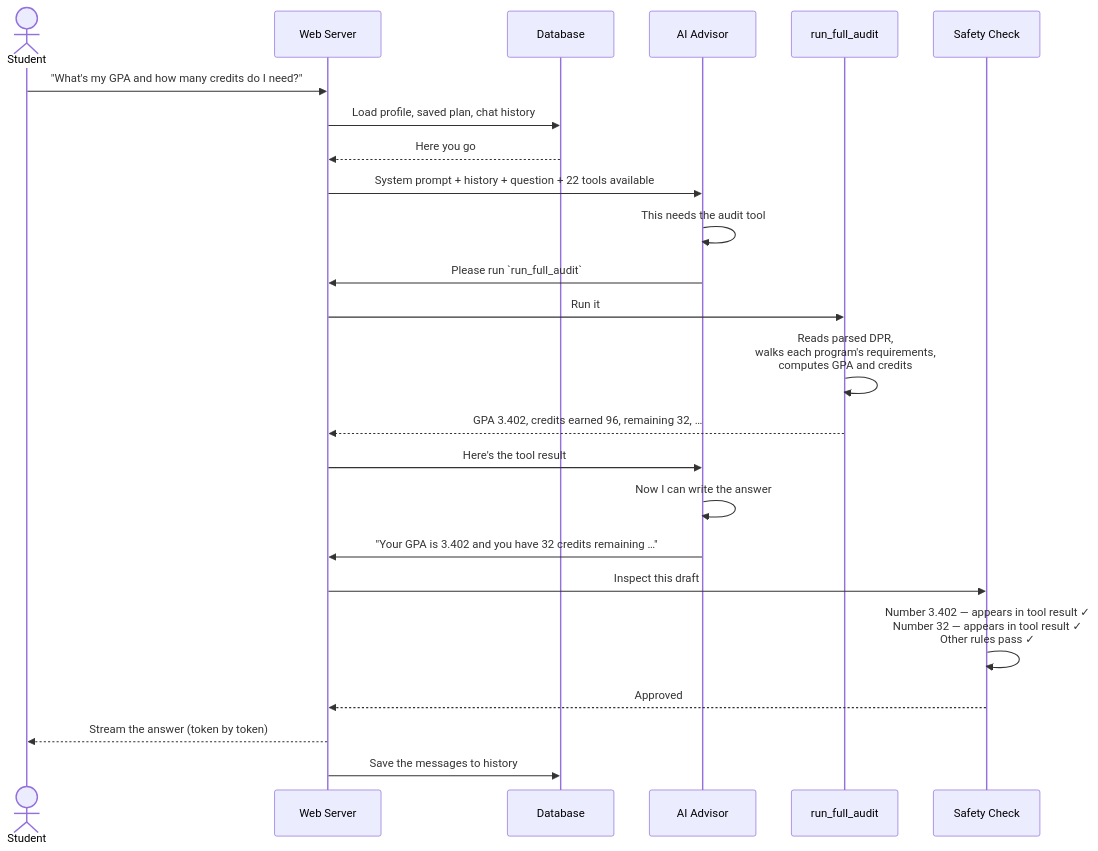
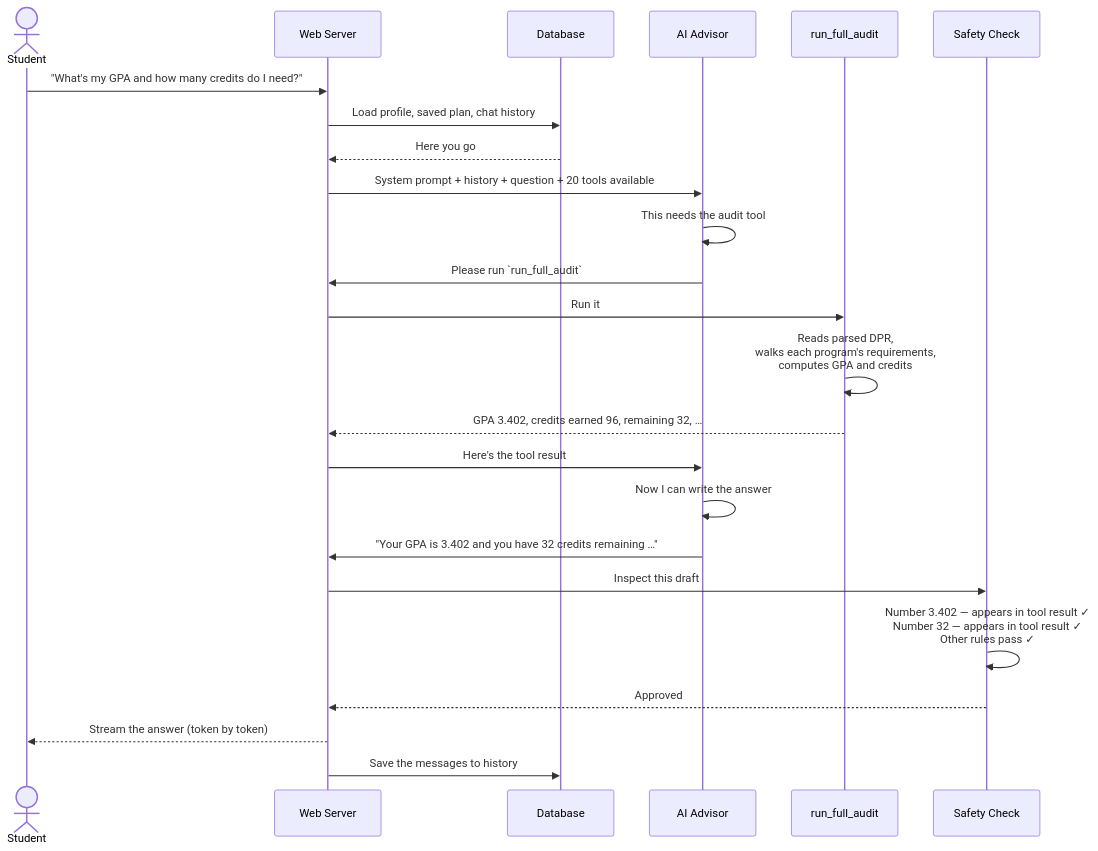
One commit to EdoardoMongardi/NYU_Path changed the fifth of 5 diagrams in Docs/current-system/00-overview.md. Above: the diagram before and after it, drawn with Mermaid. The commit also changed other lines of this file and 73 other files, not shown here.

````diff
--- a/Docs/current-system/00-overview.md
+++ b/Docs/current-system/00-overview.md
@@ -256,27 +260,27 @@
 ```mermaid
 sequenceDiagram
     actor Student
     participant Web as Web Server
     participant DB as Database
     participant Brain as AI Advisor
     participant Tool as run_full_audit
     participant Check as Safety Check
 
     Student->>Web: "What's my GPA and how many credits do I need?"
     Web->>DB: Load profile, saved plan, chat history
     DB-->>Web: Here you go
-    Web->>Brain: System prompt + history + question + 22 tools available
+    Web->>Brain: System prompt + history + question + 20 tools available
     Brain->>Brain: This needs the audit tool
     Brain->>Web: Please run `run_full_audit`
     Web->>Tool: Run it
     Tool->>Tool: Reads parsed DPR,<br/>walks each program's requirements,<br/>computes GPA and credits
     Tool-->>Web: GPA 3.402, credits earned 96, remaining 32, …
     Web->>Brain: Here's the tool result
     Brain->>Brain: Now I can write the answer
     Brain->>Web: "Your GPA is 3.402 and you have 32 credits remaining …"
     Web->>Check: Inspect this draft
     Check->>Check: Number 3.402 — appears in tool result ✓<br/>Number 32 — appears in tool result ✓<br/>Other rules pass ✓
     Check-->>Web: Approved
     Web-->>Student: Stream the answer (token by token)
     Web->>DB: Save the messages to history
 ```
````
